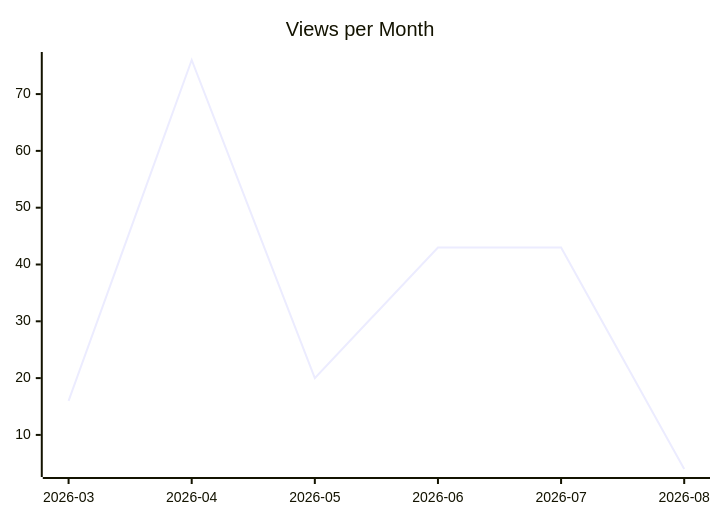
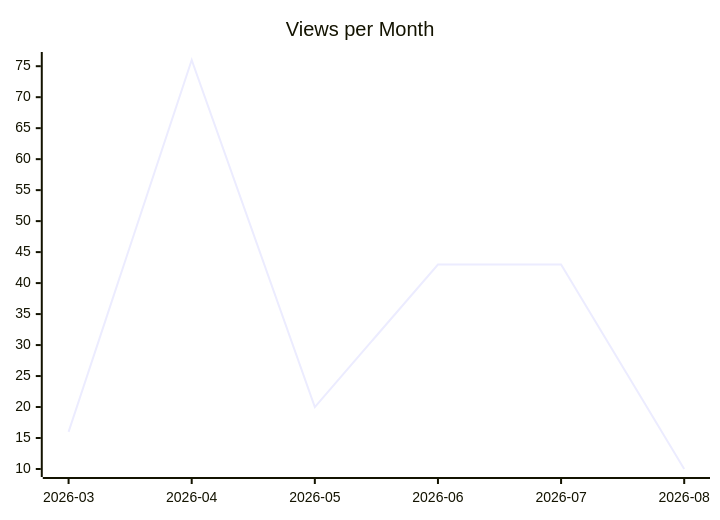
One commit to justdavis-family/github-analytics-data changed the second of 3 diagrams in karlmdavis/ksoap2-android/README.md. Above: the diagram before and after it, drawn with Mermaid. The commit also changed other lines of this file and 174 other files, not shown here.

````diff
--- a/karlmdavis/ksoap2-android/README.md
+++ b/karlmdavis/ksoap2-android/README.md
@@ -12,6 +12,6 @@
 ```mermaid
 xychart-beta
   title "Views per Month"
   x-axis ["2026-03", "2026-04", "2026-05", "2026-06", "2026-07", "2026-08"]
-  line [16, 76, 20, 43, 43, 4]
+  line [16, 76, 20, 43, 43, 10]
 ```
````
